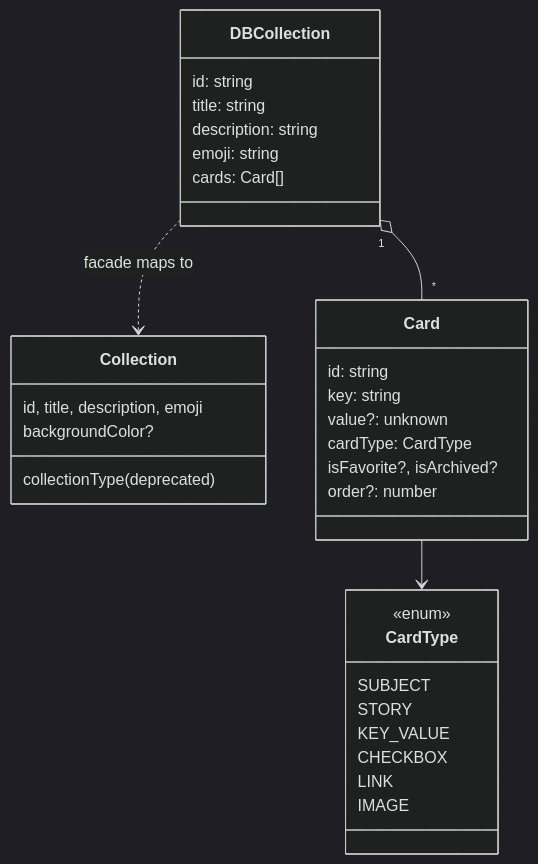
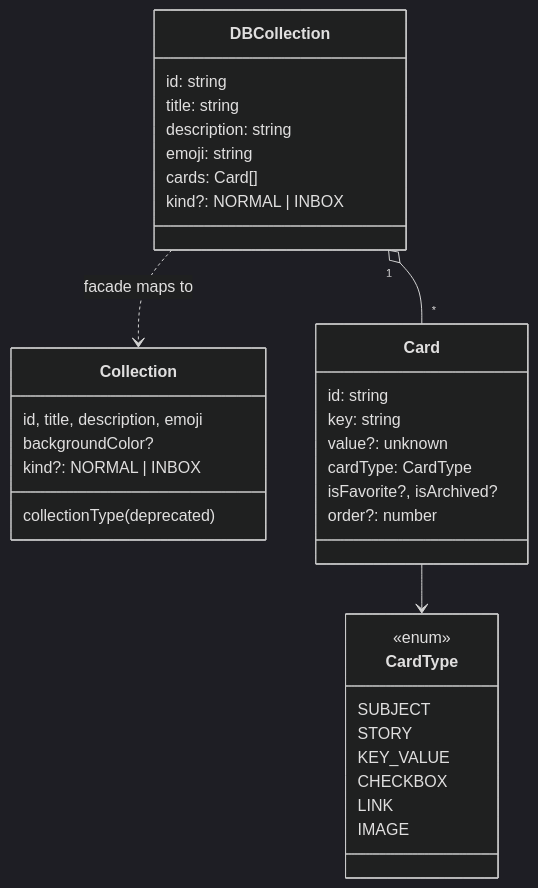
The second of 3 diagrams in SaveApp-UI/README.md (Assaviv/CollectionsProject), drawn with Mermaid (dark theme) before and after one commit. The commit also changed other lines of this file and 30 other files, not shown here.

````diff
--- a/SaveApp-UI/README.md
+++ b/SaveApp-UI/README.md
@@ -40,35 +40,37 @@
 ```mermaid
 classDiagram
     class DBCollection {
         id: string
         title: string
         description: string
         emoji: string
         cards: Card[]
+        kind?: NORMAL | INBOX
     }
     class Collection {
         id, title, description, emoji
         backgroundColor?
+        kind?: NORMAL | INBOX
         collectionType (deprecated)
     }
     class Card {
         id: string
         key: string
         value?: unknown
         cardType: CardType
         isFavorite?, isArchived?
         order?: number
     }
     class CardType {
         <<enum>>
         SUBJECT
         STORY
         KEY_VALUE
         CHECKBOX
         LINK
         IMAGE
     }
     DBCollection "1" o-- "*" Card
     Card --> CardType
     DBCollection ..> Collection : facade maps to
 ```
````
